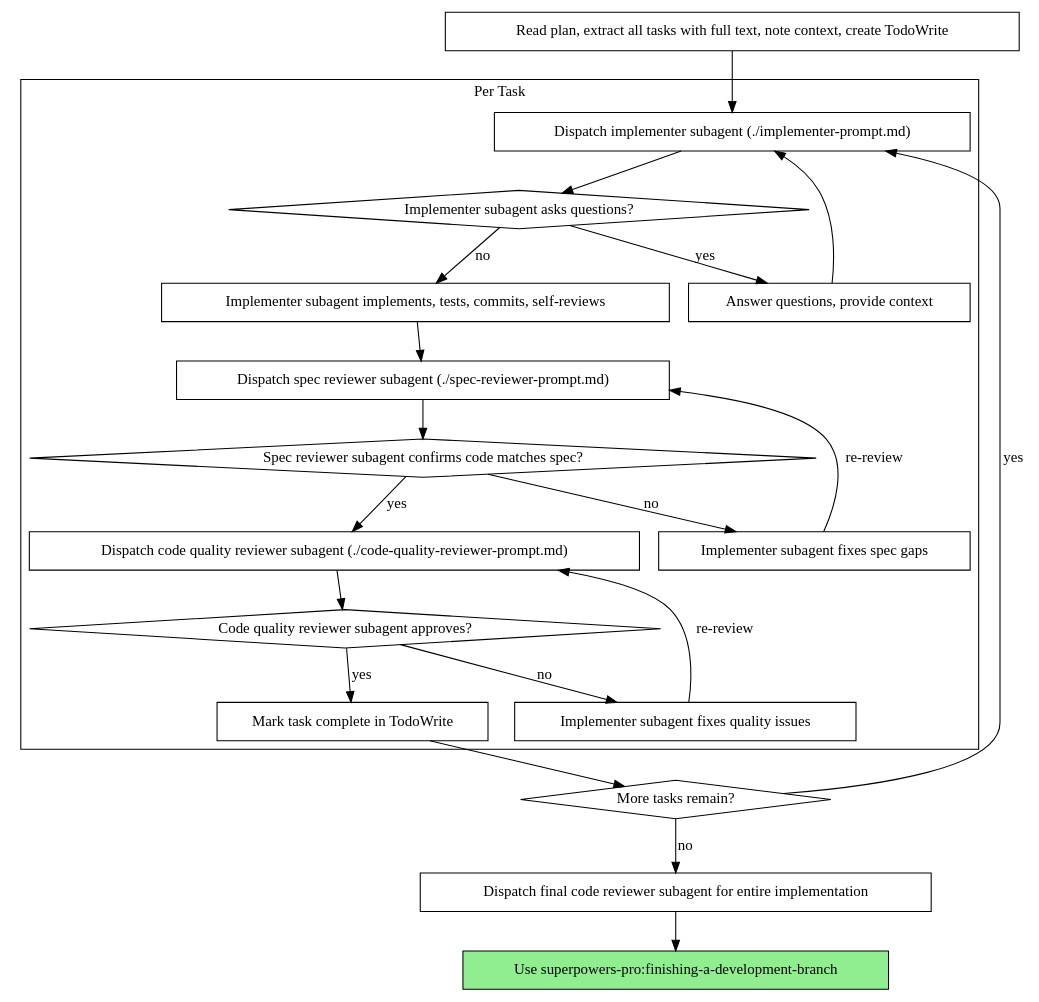
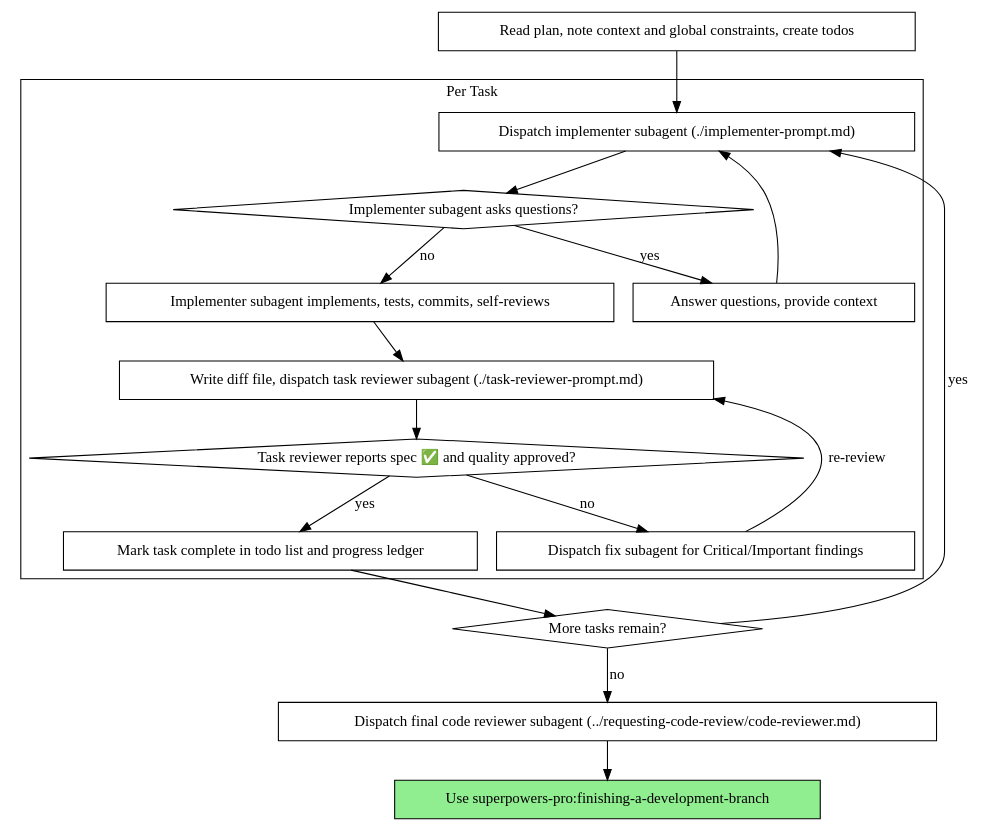
Before and after one commit to platootalp/claude-harness: the second of 2 diagrams in plugins/superpowers-pro/skills/subagent-driven-development/SKILL.md, drawn with Graphviz. The commit also changed other lines of this file and 7 other files, not shown here.

First line of the commit message:
feat: sync subagent-driven-development — merge to task-reviewer + add scripts

````diff
--- a/plugins/superpowers-pro/skills/subagent-driven-development/SKILL.md
+++ b/plugins/superpowers-pro/skills/subagent-driven-development/SKILL.md
@@ -34,44 +47,37 @@
 ```dot
 digraph process {
     rankdir=TB;
 
     subgraph cluster_per_task {
         label="Per Task";
         "Dispatch implementer subagent (./implementer-prompt.md)" [shape=box];
         "Implementer subagent asks questions?" [shape=diamond];
         "Answer questions, provide context" [shape=box];
         "Implementer subagent implements, tests, commits, self-reviews" [shape=box];
-        "Dispatch spec reviewer subagent (./spec-reviewer-prompt.md)" [shape=box];
-        "Spec reviewer subagent confirms code matches spec?" [shape=diamond];
-        "Implementer subagent fixes spec gaps" [shape=box];
-        "Dispatch code quality reviewer subagent (./code-quality-reviewer-prompt.md)" [shape=box];
-        "Code quality reviewer subagent approves?" [shape=diamond];
-        "Implementer subagent fixes quality issues" [shape=box];
-        "Mark task complete in TodoWrite" [shape=box];
+        "Write diff file, dispatch task reviewer subagent (./task-reviewer-prompt.md)" [shape=box];
+        "Task reviewer reports spec ✅ and quality approved?" [shape=diamond];
+        "Dispatch fix subagent for Critical/Important findings" [shape=box];
+        "Mark task complete in todo list and progress ledger" [shape=box];
     }
 
-    "Read plan, extract all tasks with full text, note context, create TodoWrite" [shape=box];
+    "Read plan, note context and global constraints, create todos" [shape=box];
     "More tasks remain?" [shape=diamond];
-    "Dispatch final code reviewer subagent for entire implementation" [shape=box];
+    "Dispatch final code reviewer subagent (../requesting-code-review/code-reviewer.md)" [shape=box];
     "Use superpowers-pro:finishing-a-development-branch" [shape=box style=filled fillcolor=lightgreen];
 
-    "Read plan, extract all tasks with full text, note context, create TodoWrite" -> "Dispatch implementer subagent (./implementer-prompt.md)";
+    "Read plan, note context and global constraints, create todos" -> "Dispatch implementer subagent (./implementer-prompt.md)";
     "Dispatch implementer subagent (./implementer-prompt.md)" -> "Implementer subagent asks questions?";
     "Implementer subagent asks questions?" -> "Answer questions, provide context" [label="yes"];
     "Answer questions, provide context" -> "Dispatch implementer subagent (./implementer-prompt.md)";
     "Implementer subagent asks questions?" -> "Implementer subagent implements, tests, commits, self-reviews" [label="no"];
-    "Implementer subagent implements, tests, commits, self-reviews" -> "Dispatch spec reviewer subagent (./spec-reviewer-prompt.md)";
-    "Dispatch spec reviewer subagent (./spec-reviewer-prompt.md)" -> "Spec reviewer subagent confirms code matches spec?";
-    "Spec reviewer subagent confirms code matches spec?" -> "Implementer subagent fixes spec gaps" [label="no"];
-    "Implementer subagent fixes spec gaps" -> "Dispatch spec reviewer subagent (./spec-reviewer-prompt.md)" [label="re-review"];
-    "Spec reviewer subagent confirms code matches spec?" -> "Dispatch code quality reviewer subagent (./code-quality-reviewer-prompt.md)" [label="yes"];
-    "Dispatch code quality reviewer subagent (./code-quality-reviewer-prompt.md)" -> "Code quality reviewer subagent approves?";
-    "Code quality reviewer subagent approves?" -> "Implementer subagent fixes quality issues" [label="no"];
-    "Implementer subagent fixes quality issues" -> "Dispatch code quality reviewer subagent (./code-quality-reviewer-prompt.md)" [label="re-review"];
-    "Code quality reviewer subagent approves?" -> "Mark task complete in TodoWrite" [label="yes"];
-    "Mark task complete in TodoWrite" -> "More tasks remain?";
+    "Implementer subagent implements, tests, commits, self-reviews" -> "Write diff file, dispatch task reviewer subagent (./task-reviewer-prompt.md)";
+    "Write diff file, dispatch task reviewer subagent (./task-reviewer-prompt.md)" -> "Task reviewer reports spec ✅ and quality approved?";
+    "Task reviewer reports spec ✅ and quality approved?" -> "Dispatch fix subagent for Critical/Important findings" [label="no"];
+    "Dispatch fix subagent for Critical/Important findings" -> "Write diff file, dispatch task reviewer subagent (./task-reviewer-prompt.md)" [label="re-review"];
+    "Task reviewer reports spec ✅ and quality approved?" -> "Mark task complete in todo list and progress ledger" [label="yes"];
+    "Mark task complete in todo list and progress ledger" -> "More tasks remain?";
     "More tasks remain?" -> "Dispatch implementer subagent (./implementer-prompt.md)" [label="yes"];
-    "More tasks remain?" -> "Dispatch final code reviewer subagent for entire implementation" [label="no"];
-    "Dispatch final code reviewer subagent for entire implementation" -> "Use superpowers-pro:finishing-a-development-branch";
+    "More tasks remain?" -> "Dispatch final code reviewer subagent (../requesting-code-review/code-reviewer.md)" [label="no"];
+    "Dispatch final code reviewer subagent (../requesting-code-review/code-reviewer.md)" -> "Use superpowers-pro:finishing-a-development-branch";
 }
 ```
````
